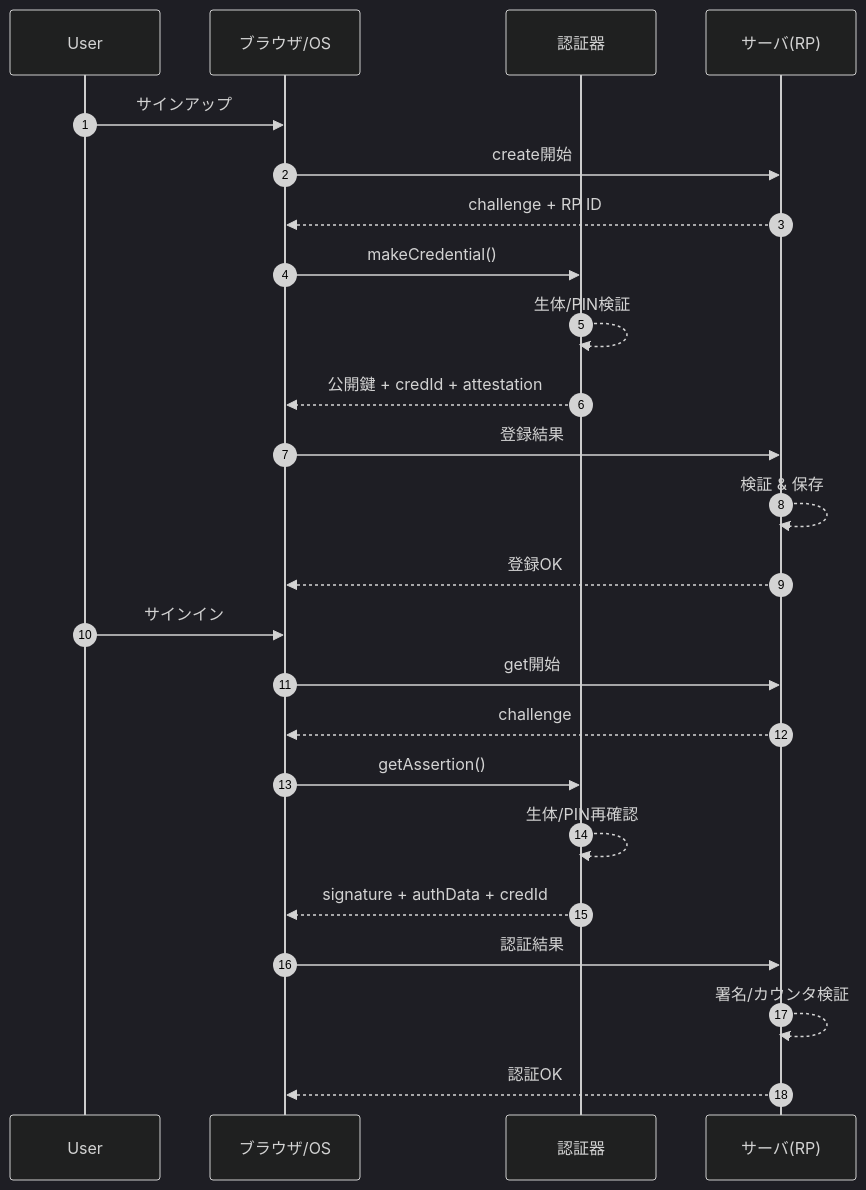
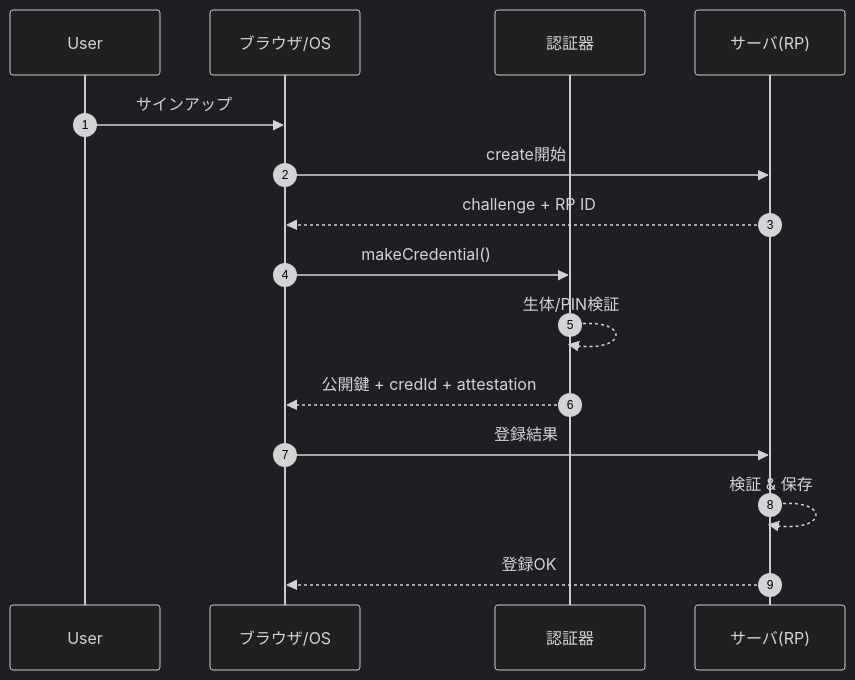
Before and after one commit to densuke/2025-network-doc: the first of 2 diagrams in source/app/http/passkey.md, drawn with Mermaid (dark theme). The commit also changed other lines of this file, not shown here.

Commit message:
Mermaid図がおかしくなっていたので、生成と認証で図を分離、説明を追加しました。

````diff
--- a/source/app/http/passkey.md
+++ b/source/app/http/passkey.md
@@ -59,30 +62,19 @@
 ```{mermaid}
 sequenceDiagram
     autonumber
     participant User
     participant Client as ブラウザ/OS
     participant Auth as 認証器
     participant RP as サーバ(RP)
 
     %% 登録フェーズ
     User->>Client: サインアップ
     Client->>RP: create開始
     RP-->>Client: challenge + RP ID
     Client->>Auth: makeCredential()
     Auth-->>Auth: 生体/PIN検証
     Auth-->>Client: 公開鍵 + credId + attestation
     Client->>RP: 登録結果
     RP-->>RP: 検証 & 保存
     RP-->>Client: 登録OK
-
-    %% 認証フェーズ
-    User->>Client: サインイン
-    Client->>RP: get開始
-    RP-->>Client: challenge
-    Client->>Auth: getAssertion()
-    Auth-->>Auth: 生体/PIN再確認
-    Auth-->>Client: signature + authData + credId
-    Client->>RP: 認証結果
-    RP-->>RP: 署名/カウンタ検証
-    RP-->>Client: 認証OK
 ```
````
